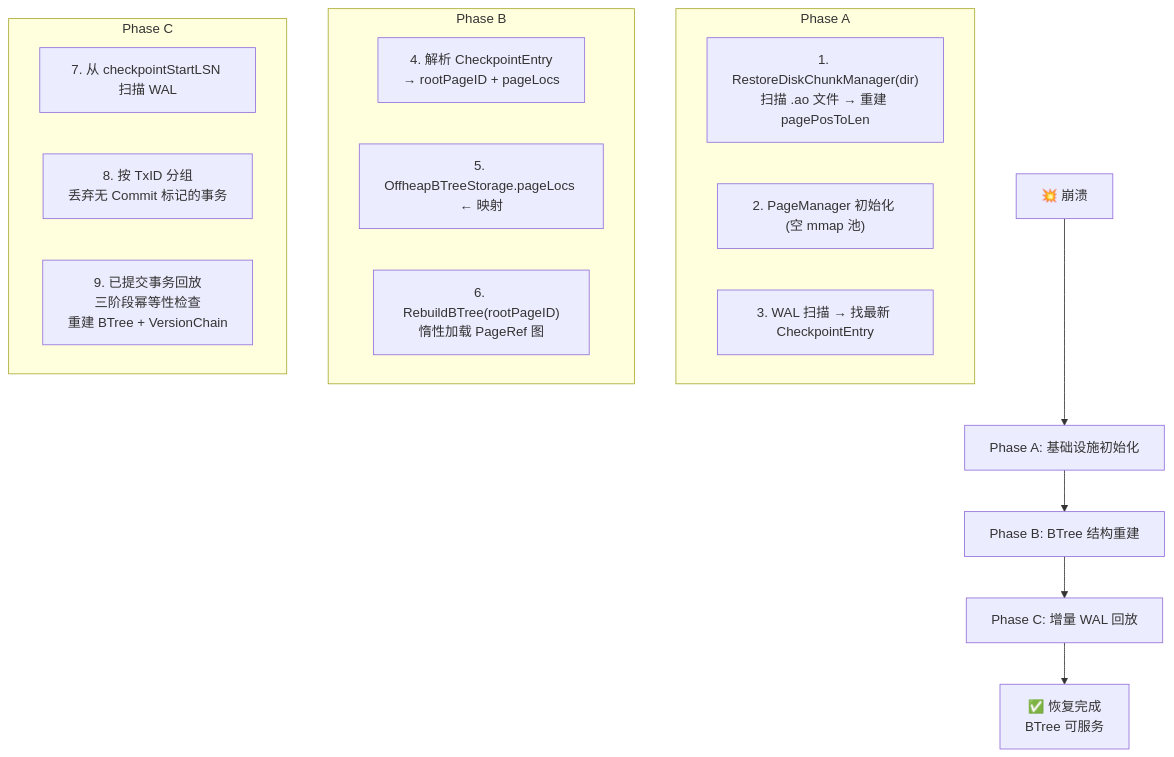
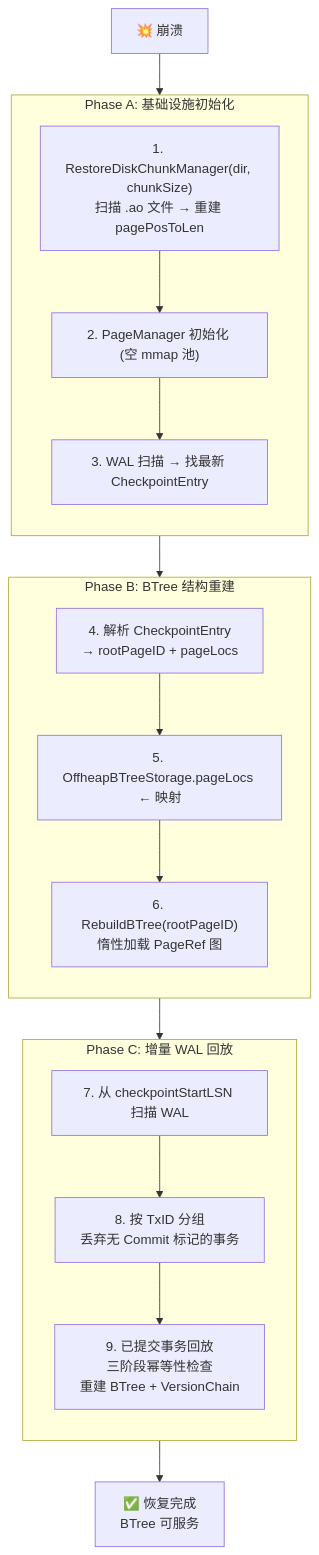
Before and after one commit to jzhang405/NexKV: diagram 35 of 39 in docs/07_spike/btree-refactor/2026-05-23-persistence-architecture-comprehensive-guide.md, drawn with Mermaid. The commit also changed other lines of this file, not shown here.

````diff
--- a/docs/07_spike/btree-refactor/2026-05-23-persistence-architecture-comprehensive-guide.md
+++ b/docs/07_spike/btree-refactor/2026-05-23-persistence-architecture-comprehensive-guide.md
@@ -1036,26 +1046,34 @@
 ```mermaid
 flowchart TB
-    Crash["💥 崩溃"] --> PhaseA["Phase A: 基础设施初始化"]
+    Crash["💥 崩溃"] --> PhaseA
     
-    subgraph PhaseASub["Phase A"]
-        A1["1. RestoreDiskChunkManager(dir)<br/>扫描 .ao 文件 → 重建 pagePosToLen"]
+    subgraph PhaseA["Phase A: 基础设施初始化"]
+        direction TB
+        A1["1. RestoreDiskChunkManager(dir, chunkSize)<br/>扫描 .ao 文件 → 重建 pagePosToLen"]
         A2["2. PageManager 初始化 (空 mmap 池)"]
         A3["3. WAL 扫描 → 找最新 CheckpointEntry"]
+        A1 --> A2 --> A3
     end
     
-    PhaseA --> PhaseB["Phase B: BTree 结构重建"]
-    subgraph PhaseBSub["Phase B"]
+    PhaseA --> PhaseB
+    
+    subgraph PhaseB["Phase B: BTree 结构重建"]
+        direction TB
         B1["4. 解析 CheckpointEntry<br/>→ rootPageID + pageLocs"]
         B2["5. OffheapBTreeStorage.pageLocs ← 映射"]
         B3["6. RebuildBTree(rootPageID)<br/>惰性加载 PageRef 图"]
+        B1 --> B2 --> B3
     end
     
-    PhaseB --> PhaseC["Phase C: 增量 WAL 回放"]
-    subgraph PhaseCSub["Phase C"]
+    PhaseB --> PhaseC
+    
+    subgraph PhaseC["Phase C: 增量 WAL 回放"]
+        direction TB
         C1["7. 从 checkpointStartLSN 扫描 WAL"]
         C2["8. 按 TxID 分组<br/>丢弃无 Commit 标记的事务"]
         C3["9. 已提交事务回放<br/>三阶段幂等性检查<br/>重建 BTree + VersionChain"]
+        C1 --> C2 --> C3
     end
     
     PhaseC --> Done["✅ 恢复完成<br/>BTree 可服务"]
 ```
````
